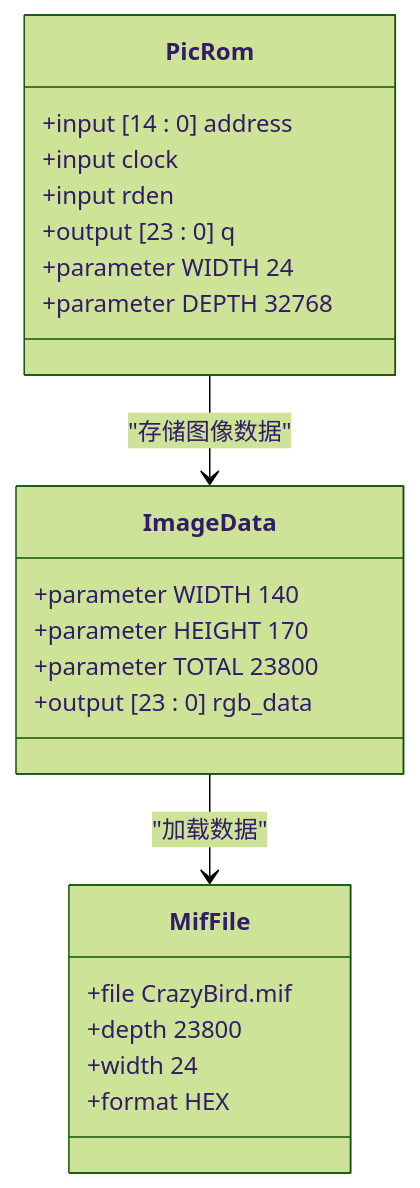
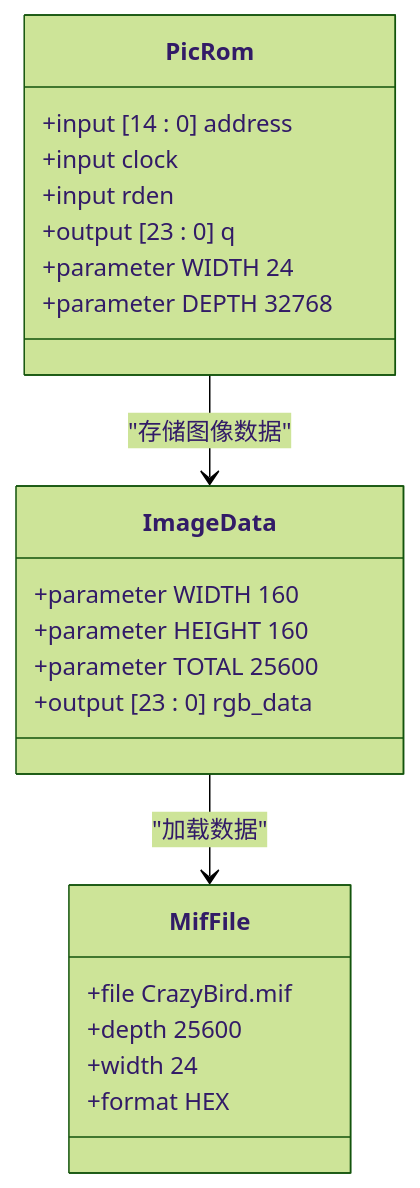
One commit to soupherexd/LCD_ROM_PIC changed the eighth of 11 diagrams in .qoder/repowiki/zh/content/项目概述/技术架构/技术架构.md. Above: the diagram before and after it, drawn with Mermaid (forest theme). The commit also changed other lines of this file and 5 other files, not shown here.

````diff
--- a/.qoder/repowiki/zh/content/项目概述/技术架构/技术架构.md
+++ b/.qoder/repowiki/zh/content/项目概述/技术架构/技术架构.md
@@ -332,25 +451,25 @@
 ```mermaid
 classDiagram
 class PicRom {
 +input [14 : 0] address
 +input clock
 +input rden
 +output [23 : 0] q
 +parameter WIDTH 24
 +parameter DEPTH 32768
 }
 class ImageData {
-+parameter WIDTH 140
-+parameter HEIGHT 170
-+parameter TOTAL 23800
++parameter WIDTH 160
++parameter HEIGHT 160
++parameter TOTAL 25600
 +output [23 : 0] rgb_data
 }
 class MifFile {
 +file CrazyBird.mif
-+depth 23800
++depth 25600
 +width 24
 +format HEX
 }
 PicRom --> ImageData : "存储图像数据"
 ImageData --> MifFile : "加载数据"
 ```
````
